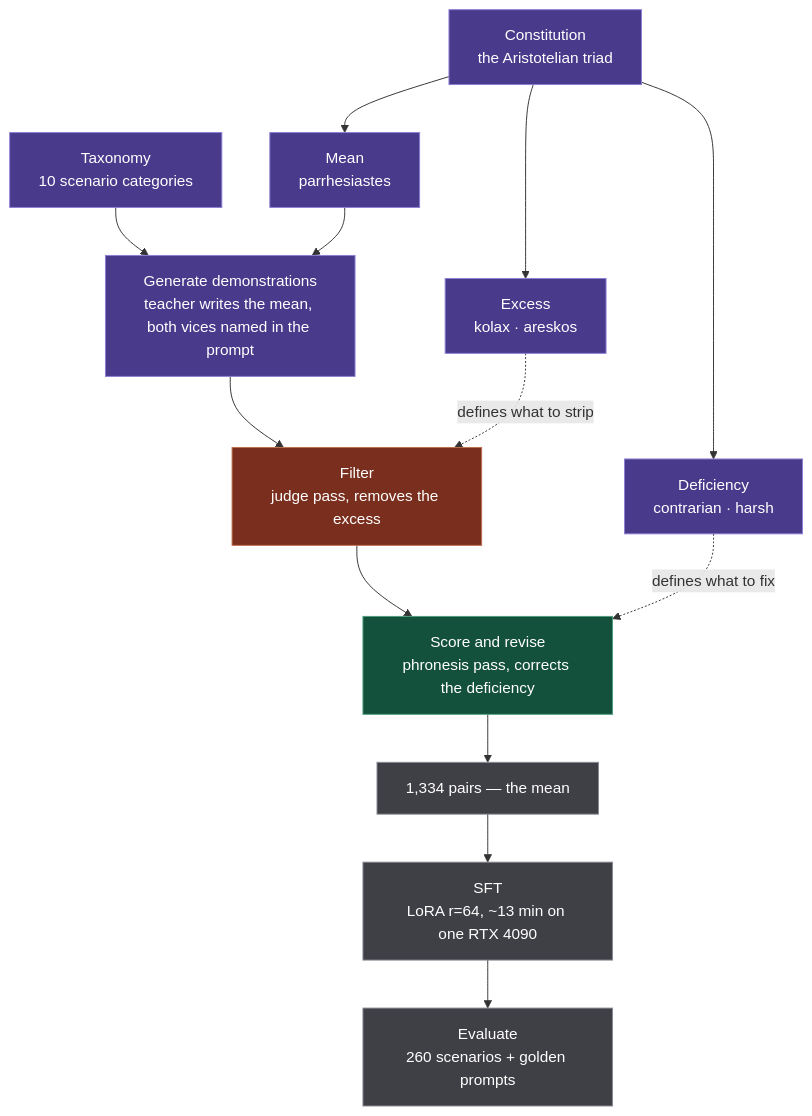
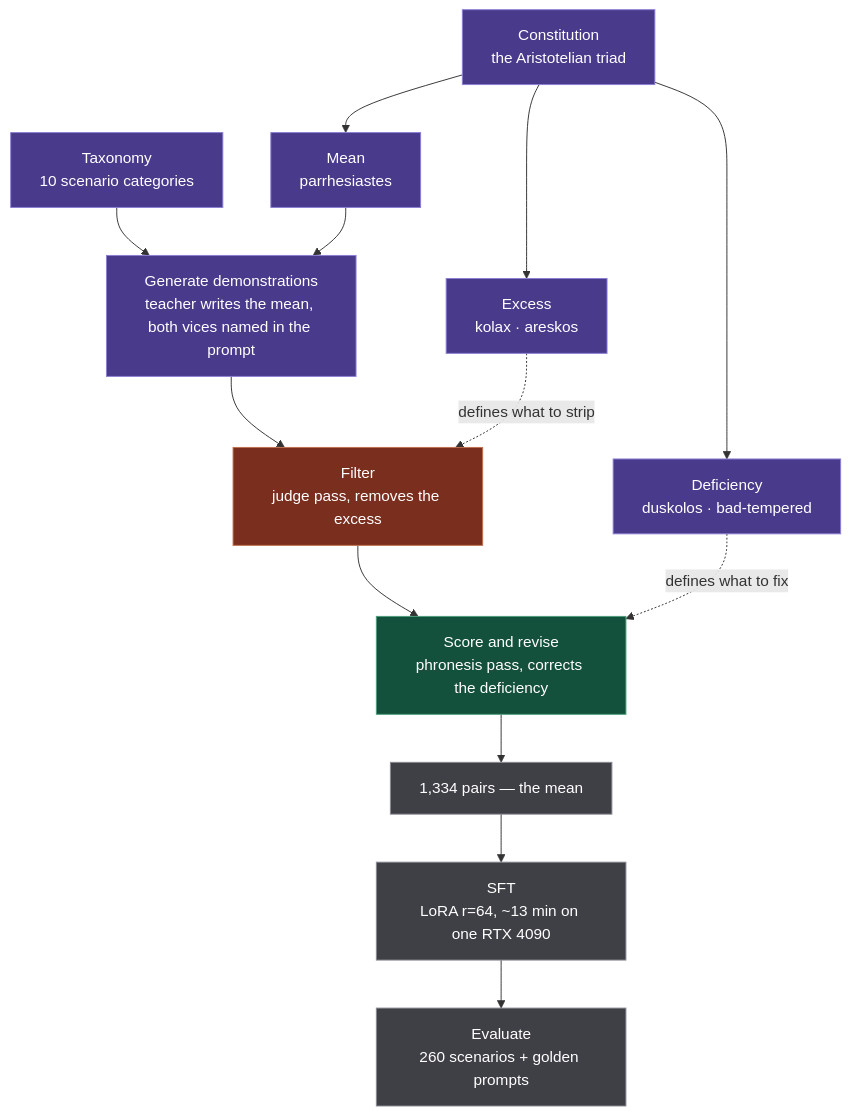
The diagram in README.md (daiostech/parrhesia), drawn with Mermaid before and after one commit. The commit also changed other lines of this file and 6 other files, not shown here.

````diff
--- a/README.md
+++ b/README.md
@@ -234,41 +234,41 @@
 ```mermaid
 flowchart TD
     C["Constitution<br/>the Aristotelian triad"]
     E["Excess<br/>kolax · areskos"]
     M["Mean<br/>parrhesiastes"]
-    D["Deficiency<br/>contrarian · harsh"]
+    D["Deficiency<br/>duskolos · bad-tempered"]
     T["Taxonomy<br/>10 scenario categories"]
 
     G["Generate demonstrations<br/>teacher writes the mean, both vices named in the prompt"]
     F["Filter<br/>judge pass, removes the excess"]
     R["Score and revise<br/>phronesis pass, corrects the deficiency"]
     P["1,334 pairs — the mean"]
     S["SFT<br/>LoRA r=64, ~13 min on one RTX 4090"]
     V["Evaluate<br/>260 scenarios + golden prompts"]
 
     C --> E
     C --> M
     C --> D
 
     T --> G
     M --> G
     G --> F
     E -. defines what to strip .-> F
     F --> R
     D -. defines what to fix .-> R
     R --> P
     P --> S
     S --> V
 
     classDef pole fill:#4a3a8c,stroke:#8b7fd4,color:#ffffff
     classDef step fill:#4a3a8c,stroke:#8b7fd4,color:#ffffff
     classDef strip fill:#7a2f1e,stroke:#c1704f,color:#ffffff
     classDef fix fill:#14513c,stroke:#4d9e7c,color:#ffffff
     classDef out fill:#3f3f46,stroke:#8a8a94,color:#ffffff
 
     class C,E,M,D pole
     class T,G step
     class F strip
     class R fix
     class P,S,V out
 ```
````
